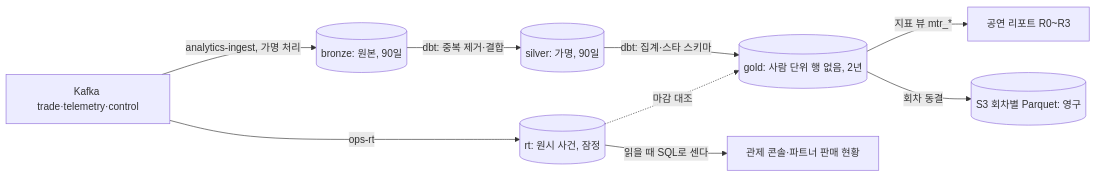
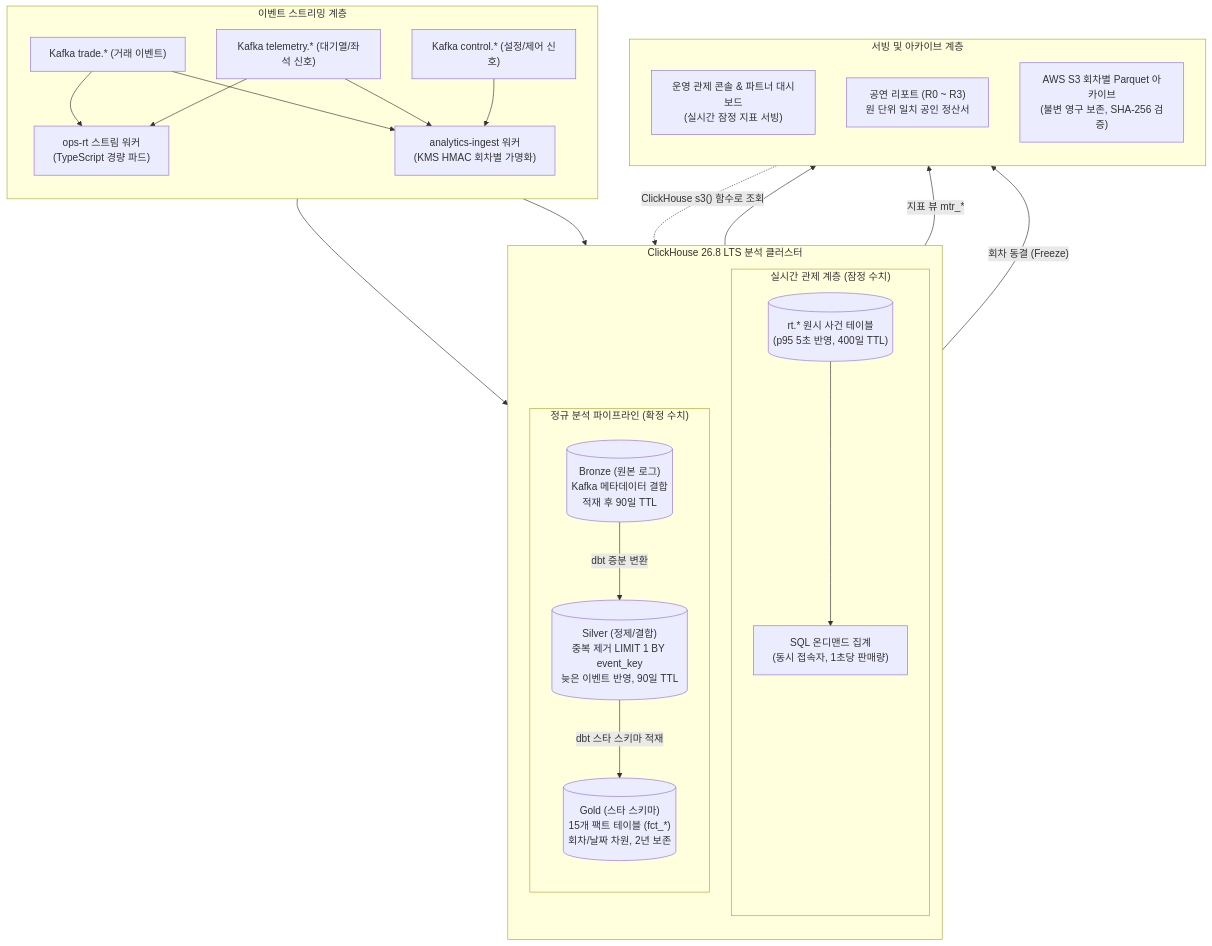
One commit to peaket/peaket changed the first of 3 diagrams in docs/walkthrough/db/10-analytics-store.md. Above: the diagram before and after it, drawn with Mermaid. The commit also changed other lines of this file and 77 other files, not shown here.

````diff
--- a/docs/walkthrough/db/10-analytics-store.md
+++ b/docs/walkthrough/db/10-analytics-store.md
@@ -35,19 +41,47 @@
 ```mermaid
-flowchart LR
-    kafka["Kafka trade·telemetry·control"]
-    rt[("rt: 원시 사건, 잠정")]
-    br[("bronze: 원본, 90일")]
-    sv[("silver: 가명, 90일")]
-    gd[("gold: 사람 단위 행 없음, 2년")]
-    ar[("S3 회차별 Parquet: 영구")]
-    con["관제 콘솔·파트너 판매 현황"]
-    rpt["공연 리포트 R0~R3"]
-    kafka -->|"ops-rt"| rt
-    rt -->|"읽을 때 SQL로 센다"| con
-    kafka -->|"analytics-ingest, 가명 처리"| br
-    br -->|"dbt: 중복 제거·결합"| sv
-    sv -->|"dbt: 집계·스타 스키마"| gd
-    gd -->|"지표 뷰 mtr_*"| rpt
-    gd -->|"회차 동결"| ar
-    rt -.->|"마감 대조"| gd
+flowchart TD
+    subgraph Ingestion["이벤트 스트리밍 계층"]
+        direction TB
+        KF_TR["Kafka trade.* (거래 이벤트)"]
+        KF_TL["Kafka telemetry.* (대기열/좌석 신호)"]
+        KF_CT["Kafka control.* (설정/제어 신호)"]
+        
+        W_OPS["ops-rt 스트림 워커<br/>(TypeScript 경량 파드)"]
+        W_ING["analytics-ingest 워커<br/>(KMS HMAC 회차별 가명화)"]
+    end
+
+    subgraph ClickHouseEngine["ClickHouse 26.8 LTS 분석 클러스터"]
+        direction TB
+        
+        subgraph RT_LAYER["실시간 관제 계층 (잠정 수치)"]
+            RT_TBL[("rt.* 원시 사건 테이블<br/>(p95 5초 반영, 400일 TTL)")]
+            RT_VIEW["SQL 온디맨드 집계<br/>(동시 접속자, 1초당 판매량)"]
+            RT_TBL --> RT_VIEW
+        end
+
+        subgraph MEDALLION["정규 분석 파이프라인 (확정 수치)"]
+            direction TB
+            BRONZE[("Bronze (원본 로그)<br/>Kafka 메타데이터 결합<br/>적재 후 90일 TTL")]
+            SILVER[("Silver (정제/결합)<br/>중복 제거 LIMIT 1 BY event_key<br/>늦은 이벤트 반영, 90일 TTL")]
+            GOLD[("Gold (스타 스키마)<br/>15개 팩트 테이블 (fct_*)<br/>회차/날짜 차원, 2년 보존")]
+            
+            BRONZE -->|"dbt 증분 변환"| SILVER
+            SILVER -->|"dbt 스타 스키마 적재"| GOLD
+        end
+    end
+
+    subgraph Serving["서빙 및 아카이브 계층"]
+        direction TB
+        DASH["운영 관제 콘솔 & 파트너 대시보드<br/>(실시간 잠정 지표 서빙)"]
+        REPORT["공연 리포트 (R0 ~ R3)<br/>원 단위 일치 공인 정산서"]
+        S3_ARCH["AWS S3 회차별 Parquet 아카이브<br/>(불변 영구 보존, SHA-256 검증)"]
+    end
+
+    KF_TR & KF_TL --> W_OPS --> RT_TBL
+    KF_TR & KF_TL & KF_CT --> W_ING --> BRONZE
+    
+    RT_VIEW --> DASH
+    GOLD -->|"지표 뷰 mtr_*"| REPORT
+    GOLD -->|"회차 동결 (Freeze)"| S3_ARCH
+    S3_ARCH -.->|"ClickHouse s3() 함수로 조회"| GOLD
 ```
````
